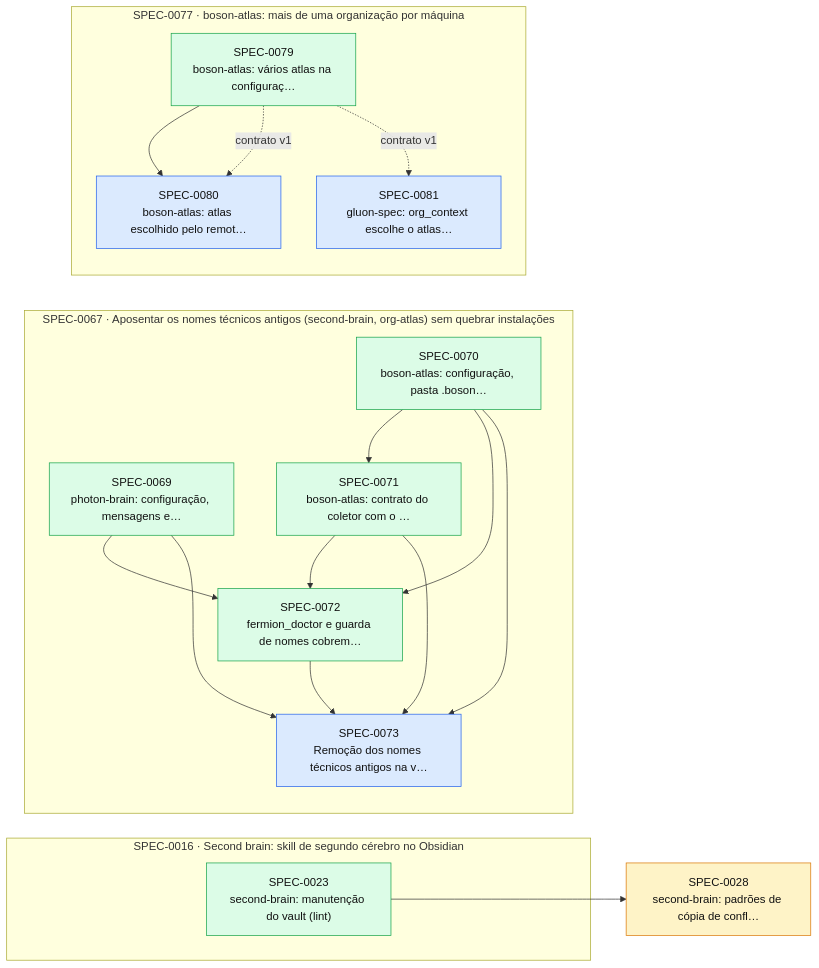
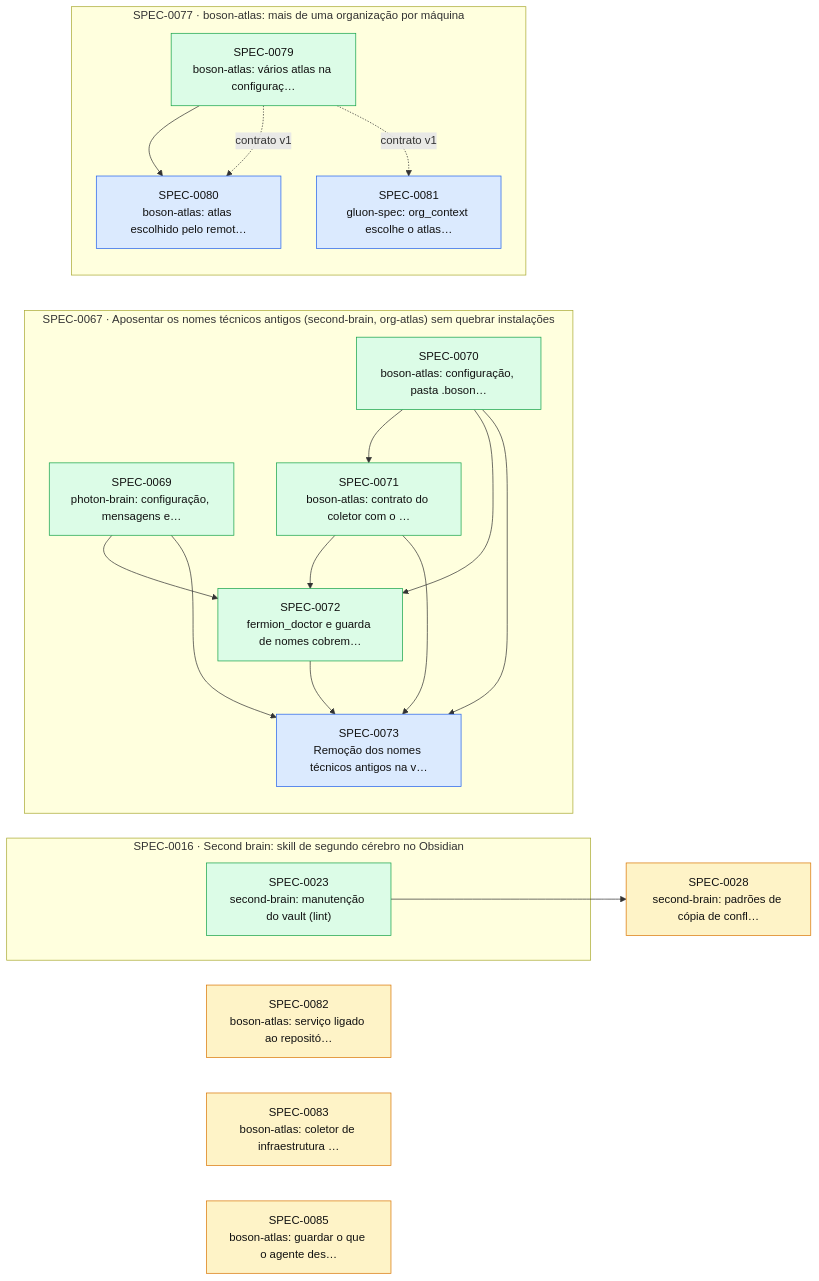
The diagram in docs/specs/INDEX.md (thomasravache/ai-dev-brain), drawn with Mermaid before and after one commit. The commit also changed other lines of this file and 4 other files, not shown here.

Commit message:
docs(specs): radar da boson-atlas (mapa de entrega, IaC, contas e conhecimento)

````diff
--- a/docs/specs/INDEX.md
+++ b/docs/specs/INDEX.md
@@ -62,36 +66,39 @@
 ```mermaid
 flowchart LR
   S0028["SPEC-0028<br/>second-brain: padrões de cópia de confl…"]:::proposed
+  S0082["SPEC-0082<br/>boson-atlas: serviço ligado ao repositó…"]:::proposed
+  S0083["SPEC-0083<br/>boson-atlas: coletor de infraestrutura …"]:::proposed
+  S0085["SPEC-0085<br/>boson-atlas: guardar o que o agente des…"]:::proposed
   subgraph E0016["SPEC-0016 · Second brain: skill de segundo cérebro no Obsidian"]
     S0023["SPEC-0023<br/>second-brain: manutenção do vault (lint)"]:::implemented
   end
   subgraph E0067["SPEC-0067 · Aposentar os nomes técnicos antigos (second-brain, org-atlas) sem quebrar instalações"]
     S0069["SPEC-0069<br/>photon-brain: configuração, mensagens e…"]:::implemented
     S0070["SPEC-0070<br/>boson-atlas: configuração, pasta .boson…"]:::implemented
     S0071["SPEC-0071<br/>boson-atlas: contrato do coletor com o …"]:::implemented
     S0072["SPEC-0072<br/>fermion_doctor e guarda de nomes cobrem…"]:::implemented
     S0073["SPEC-0073<br/>Remoção dos nomes técnicos antigos na v…"]:::approved
   end
   subgraph E0077["SPEC-0077 · boson-atlas: mais de uma organização por máquina"]
     S0079["SPEC-0079<br/>boson-atlas: vários atlas na configuraç…"]:::implemented
     S0080["SPEC-0080<br/>boson-atlas: atlas escolhido pelo remot…"]:::approved
     S0081["SPEC-0081<br/>gluon-spec: org_context escolhe o atlas…"]:::approved
   end
   S0023 --> S0028
   S0070 --> S0071
   S0069 --> S0072
   S0070 --> S0072
   S0071 --> S0072
   S0069 --> S0073
   S0070 --> S0073
   S0071 --> S0073
   S0072 --> S0073
   S0079 --> S0080
   S0079 -. contrato v1 .-> S0080
   S0079 -. contrato v1 .-> S0081
   classDef proposed fill:#fef3c7,stroke:#d97706,color:#111
   classDef approved fill:#dbeafe,stroke:#2563eb,color:#111
   classDef inprogress fill:#ede9fe,stroke:#7c3aed,color:#111
   classDef implemented fill:#dcfce7,stroke:#16a34a,color:#111
   classDef deprecated fill:#f3f4f6,stroke:#9ca3af,color:#6b7280
 ```
````
